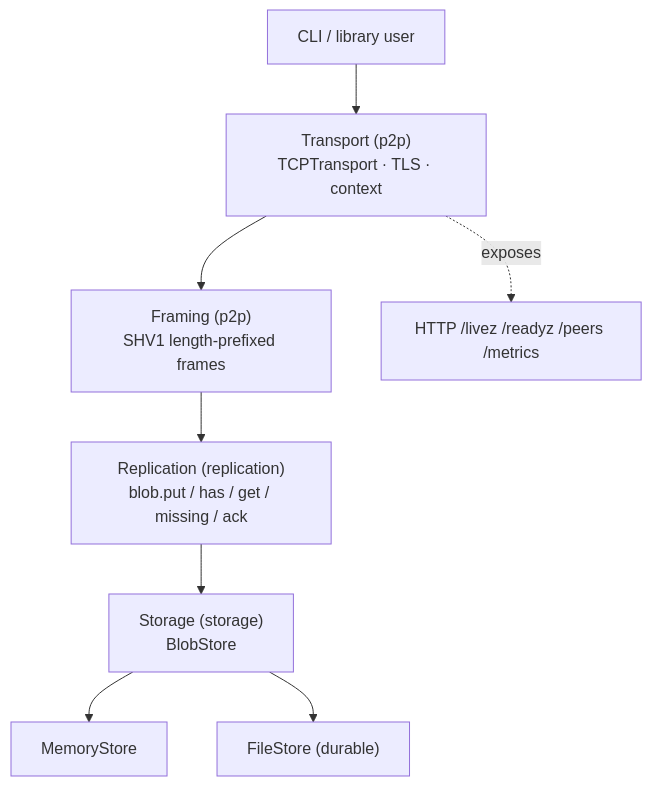
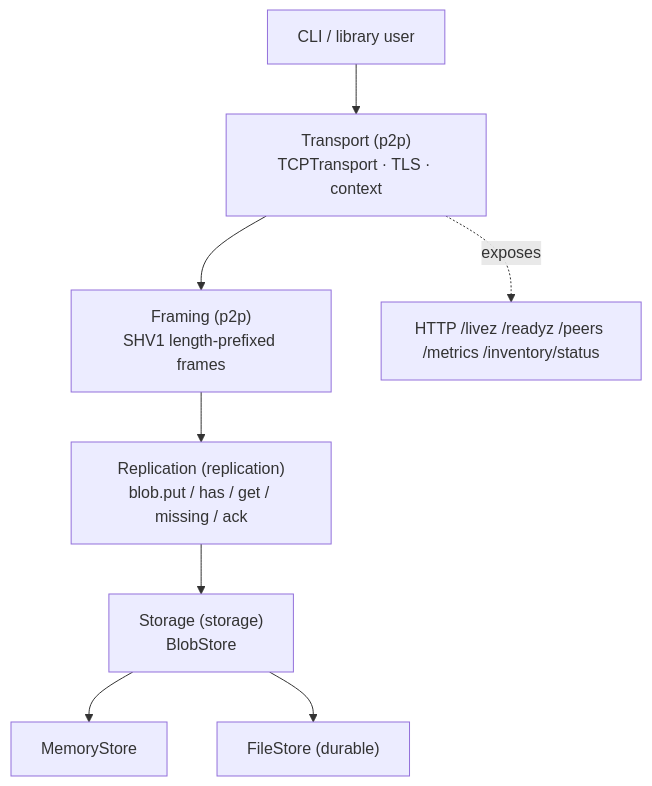
Before and after one commit to AliSinaDevelo/StreamHive: the first of 4 diagrams in docs/ARCHITECTURE.md, drawn with Mermaid. The commit also changed 6 other files, not shown here.

Commit message:
docs(inventory): define fingerprint status contract

````diff
--- a/docs/ARCHITECTURE.md
+++ b/docs/ARCHITECTURE.md
@@ -7,10 +7,10 @@
 ```mermaid
 flowchart TD
   cli["CLI / library user"] --> tr["Transport (p2p)<br/>TCPTransport · TLS · context"]
   tr --> fr["Framing (p2p)<br/>SHV1 length-prefixed frames"]
   fr --> rep["Replication (replication)<br/>blob.put / has / get / missing / ack"]
   rep --> st["Storage (storage)<br/>BlobStore"]
   st --> mem["MemoryStore"]
   st --> file["FileStore (durable)"]
-  tr -. exposes .-> health["HTTP /livez /readyz /peers /metrics"]
+  tr -. exposes .-> health["HTTP /livez /readyz /peers /metrics /inventory/status"]
 ```
````
